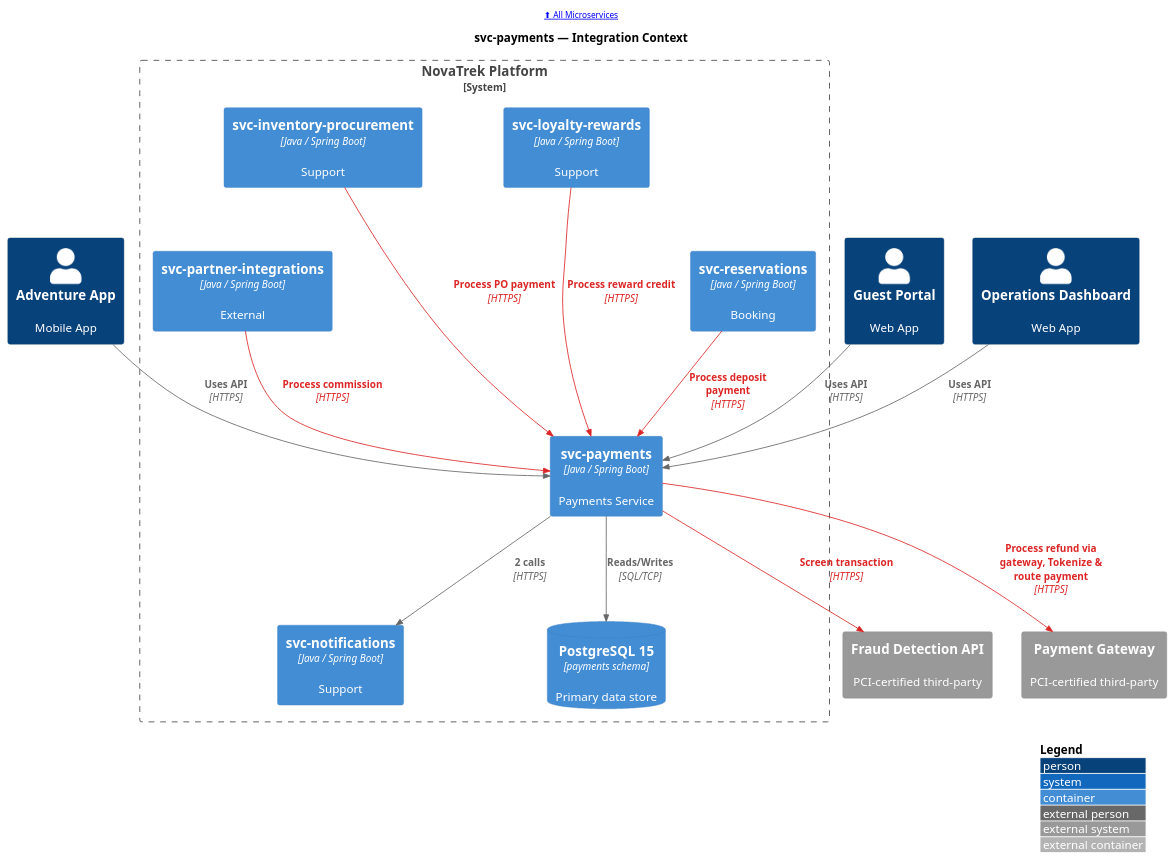
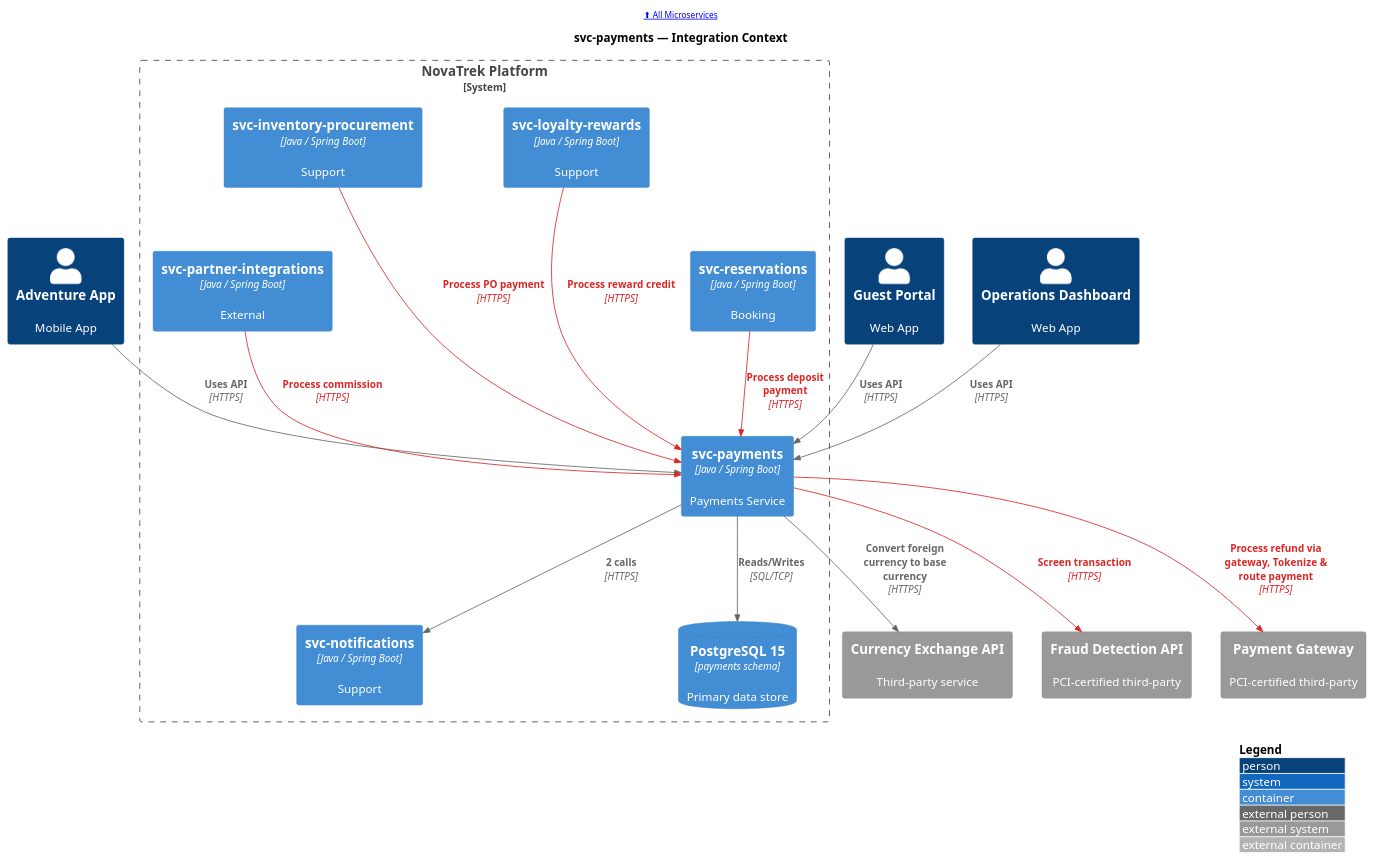
Before and after one commit to christopherblaisdell/continuous-architecture-platform-poc: the diagram in portal/docs/microservices/puml/svc-payments--c4-context.puml, drawn with PlantUML. The commit also changed 31 other files, not shown here.

First line of the commit message:
feat: add 7 external third-party system integrations to domain map

```diff
--- a/portal/docs/microservices/puml/svc-payments--c4-context.puml
+++ b/portal/docs/microservices/puml/svc-payments--c4-context.puml
@@ -1,47 +1,49 @@
 @startuml
 !include <c4/C4_Container>
 
 LAYOUT_WITH_LEGEND()
 LAYOUT_TOP_DOWN()
 
 AddRelTag("pci", $lineColor="#DC2626", $textColor="#DC2626", $legendText="PCI Data Flow")
 
 header [[/microservices/ ⬆ All Microservices]]
 
 title svc-payments — Integration Context
 
 Person(app_guest_mobile, "Adventure App", "Mobile App", $link="/applications/app-guest-mobile/#service-dependencies")
 Person(web_guest_portal, "Guest Portal", "Web App", $link="/applications/web-guest-portal/#service-dependencies")
 Person(web_ops_dashboard, "Operations Dashboard", "Web App", $link="/applications/web-ops-dashboard/#service-dependencies")
 
 System_Boundary(boundary, "NovaTrek Platform") {
     Container(svc_payments, "svc-payments", "Java / Spring Boot", "Payments Service", $link="/microservices/svc-payments/")
     ContainerDb(svc_payments_db, "PostgreSQL 15", "payments schema", "Primary data store", $link="/microservices/svc-payments/#data-store")
     Container(svc_inventory_procurement, "svc-inventory-procurement", "Java / Spring Boot", "Support", $link="/microservices/svc-inventory-procurement/#integration-context")
     Container(svc_loyalty_rewards, "svc-loyalty-rewards", "Java / Spring Boot", "Support", $link="/microservices/svc-loyalty-rewards/#integration-context")
     Container(svc_partner_integrations, "svc-partner-integrations", "Java / Spring Boot", "External", $link="/microservices/svc-partner-integrations/#integration-context")
     Container(svc_reservations, "svc-reservations", "Java / Spring Boot", "Booking", $link="/microservices/svc-reservations/#integration-context")
     Container(svc_notifications, "svc-notifications", "Java / Spring Boot", "Support", $link="/microservices/svc-notifications/#integration-context")
 }
 
+System_Ext(Currency_Exchange_API, "Currency Exchange API", "Third-party service", $link="/actors/#currency-exchange-api")
 System_Ext(Fraud_Detection_API, "Fraud Detection API", "PCI-certified third-party", $link="/actors/#fraud-detection-api")
 System_Ext(Payment_Gateway, "Payment Gateway", "PCI-certified third-party", $link="/actors/#payment-gateway")
 
 Rel(app_guest_mobile, svc_payments, "Uses API", "HTTPS")
 Rel(web_guest_portal, svc_payments, "Uses API", "HTTPS")
 Rel(web_ops_dashboard, svc_payments, "Uses API", "HTTPS")
 Rel(svc_inventory_procurement, svc_payments, "Process PO payment", "HTTPS", $tags="pci")
 Rel(svc_loyalty_rewards, svc_payments, "Process reward credit", "HTTPS", $tags="pci")
 Rel(svc_partner_integrations, svc_payments, "Process commission", "HTTPS", $tags="pci")
 Rel(svc_reservations, svc_payments, "Process deposit payment", "HTTPS", $tags="pci")
 Rel(svc_payments, svc_payments_db, "Reads/Writes", "SQL/TCP")
 Rel(svc_payments, svc_notifications, "2 calls", "HTTPS")
+Rel(svc_payments, Currency_Exchange_API, "Convert foreign currency to base currency", "HTTPS")
 Rel(svc_payments, Fraud_Detection_API, "Screen transaction", "HTTPS", $tags="pci")
 Rel(svc_payments, Payment_Gateway, "Process refund via gateway, Tokenize & route payment", "HTTPS", $tags="pci")
 
 ' Layout hints: stack peers in columns
 Lay_D(svc_inventory_procurement, svc_partner_integrations)
 Lay_D(svc_loyalty_rewards, svc_reservations)
 Lay_D(svc_partner_integrations, svc_notifications)
 
 @enduml
```
